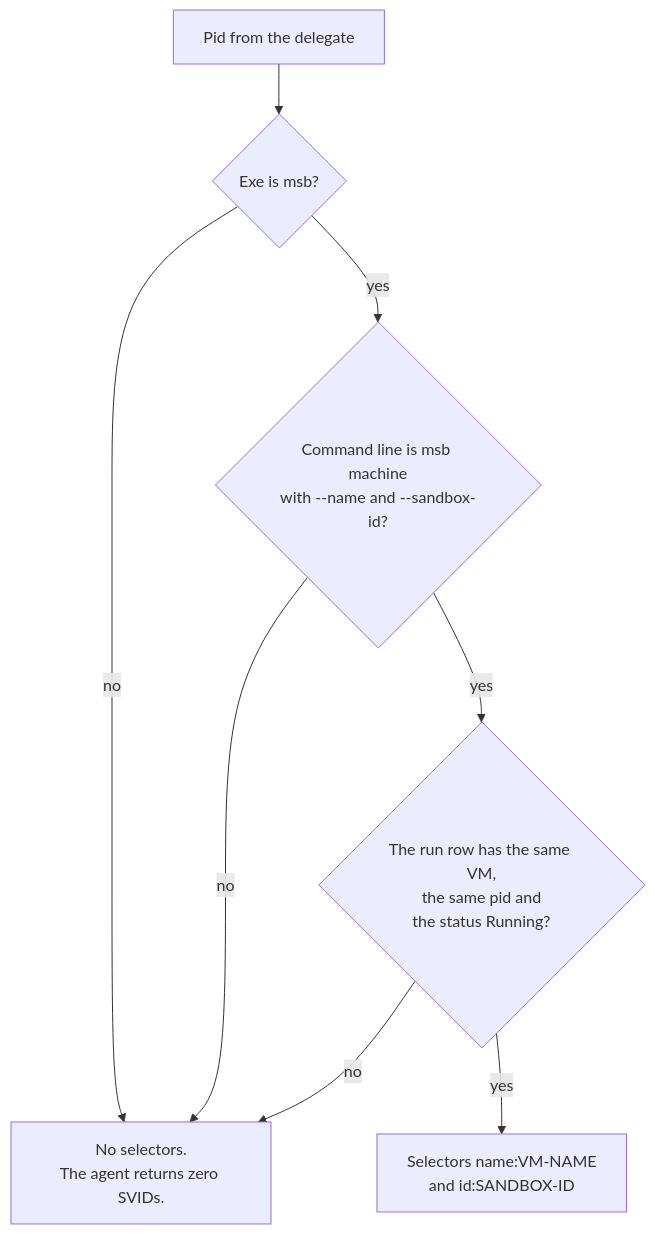
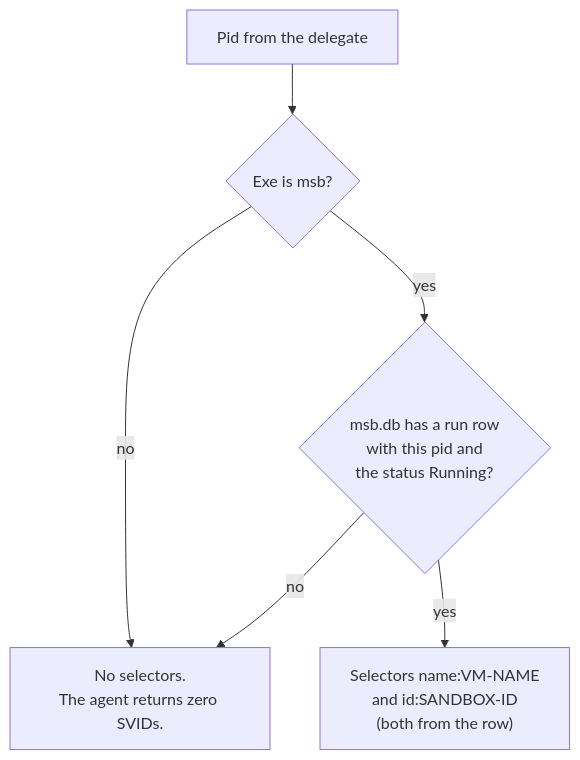
One commit to raghav19/engineersdaybook changed the fourth of 5 diagrams in code/agent-workload-identity/docs/workload-attestation.md. Above: the diagram before and after it, drawn with Mermaid. The commit also changed other lines of this file and 13 other files, not shown here.

First line of the commit message:
agent-workload-identity: read the name and the ID of the VM from msb.db in the plugin

````diff
--- a/code/agent-workload-identity/docs/workload-attestation.md
+++ b/code/agent-workload-identity/docs/workload-attestation.md
@@ -97,10 +97,8 @@
 ```mermaid
 flowchart TD
     pid["Pid from the delegate"] --> c1{"Exe is msb?"}
     c1 -->|no| refuse["No selectors.<br/>The agent returns zero SVIDs."]
-    c1 -->|yes| c2{"Command line is msb machine<br/>with --name and --sandbox-id?"}
+    c1 -->|yes| c2{"msb.db has a run row<br/>with this pid and<br/>the status Running?"}
     c2 -->|no| refuse
-    c2 -->|yes| c3{"The run row has the same VM,<br/>the same pid and<br/>the status Running?"}
-    c3 -->|no| refuse
-    c3 -->|yes| ok["Selectors name:VM-NAME<br/>and id:SANDBOX-ID"]
+    c2 -->|yes| ok["Selectors name:VM-NAME<br/>and id:SANDBOX-ID<br/>(both from the row)"]
 ```
````
